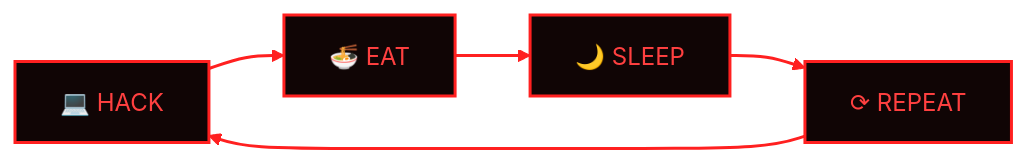
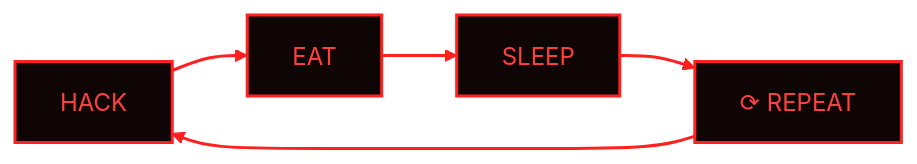
Before and after one commit to PenielMelaku/PenielMelaku: the diagram in README.md, drawn with Mermaid (neutral theme).

````diff
--- a/README.md
+++ b/README.md
@@ -77,17 +77,17 @@
 ```mermaid
 flowchart LR
-    A["💻 HACK<br/>"]
-    B["🍜 EAT<br/>"]
-    C["🌙 SLEEP<br/>"]
+    A[" HACK<br/>"]
+    B[" EAT<br/>"]
+    C["SLEEP<br/>"]
     D["⟳ REPEAT<br/>"]
 
     A --> B
     B --> C
     C --> D
     D --> A
 
     classDef hacker fill:#100505,stroke:#ff2020,color:#ff4040,stroke-width:2px
     class A,B,C,D hacker
 
     linkStyle default stroke:#ff2020,stroke-width:2px
 ```
````
